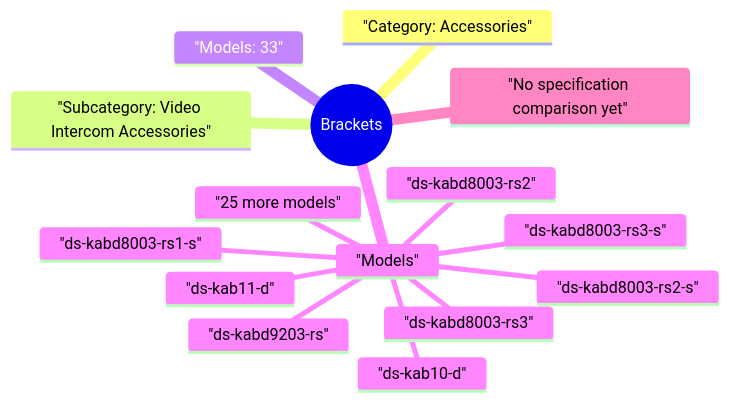
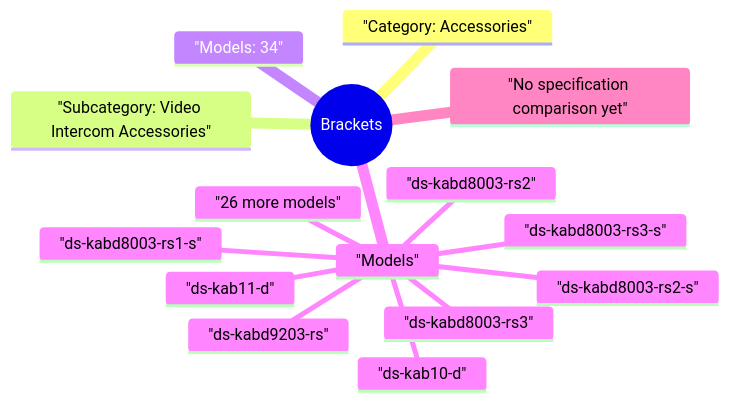
The diagram in site/mindmaps/en-accessories-video-intercom-accessories-brackets.mmd (123321step/hikvision-product-map), drawn with Mermaid before and after one commit. The commit also changed 21 other files, not shown here.

```diff
--- a/site/mindmaps/en-accessories-video-intercom-accessories-brackets.mmd
+++ b/site/mindmaps/en-accessories-video-intercom-accessories-brackets.mmd
@@ -1,16 +1,16 @@
 mindmap
   root(("Brackets"))
     "Category: Accessories"
     "Subcategory: Video Intercom Accessories"
-    "Models: 33"
+    "Models: 34"
     "Models"
       "ds-kab10-d"
       "ds-kab11-d"
       "ds-kabd8003-rs1-s"
       "ds-kabd8003-rs2"
       "ds-kabd8003-rs2-s"
       "ds-kabd8003-rs3"
       "ds-kabd8003-rs3-s"
       "ds-kabd9203-rs"
-      "25 more models"
+      "26 more models"
     "No specification comparison yet"
```
